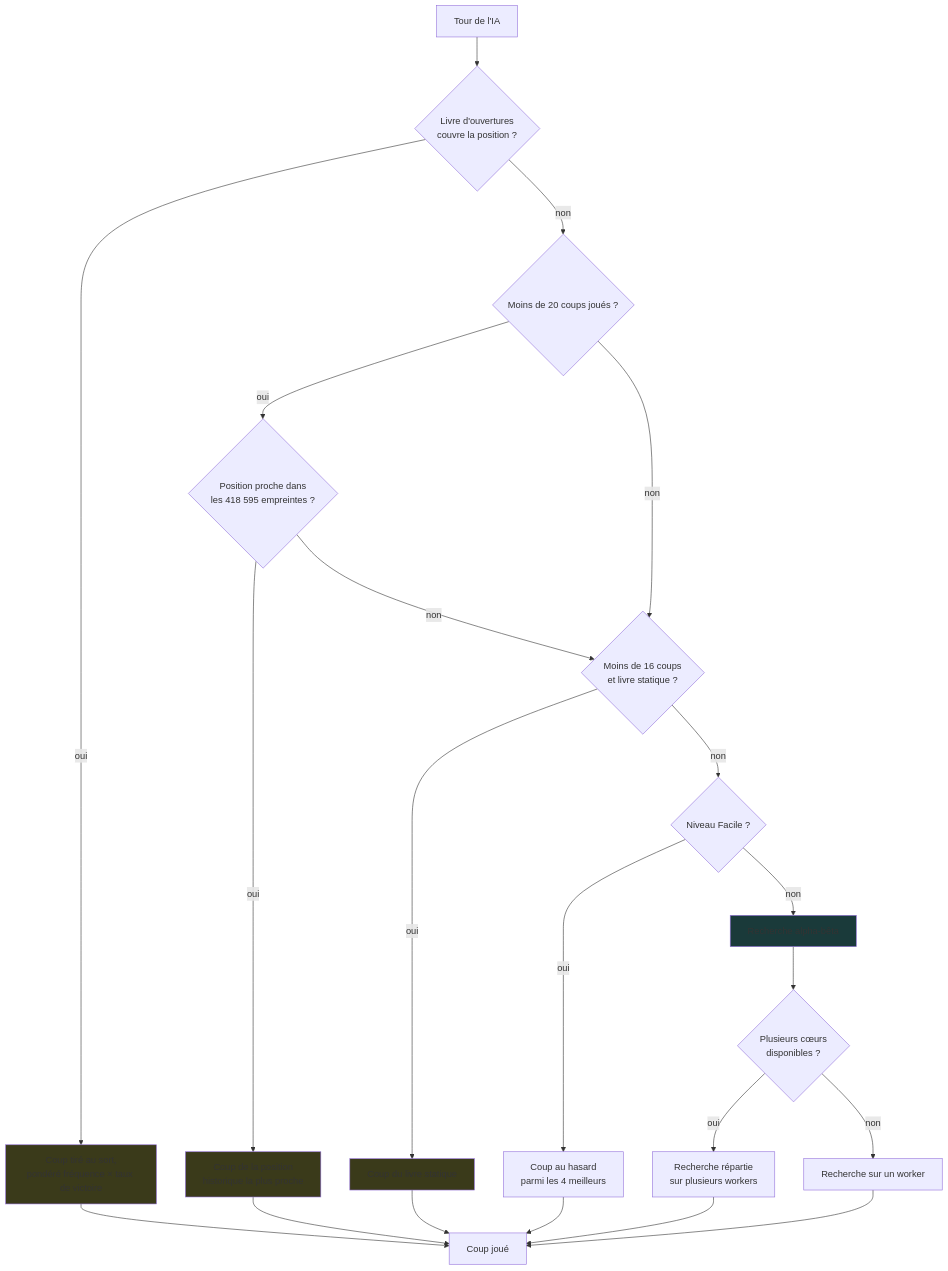
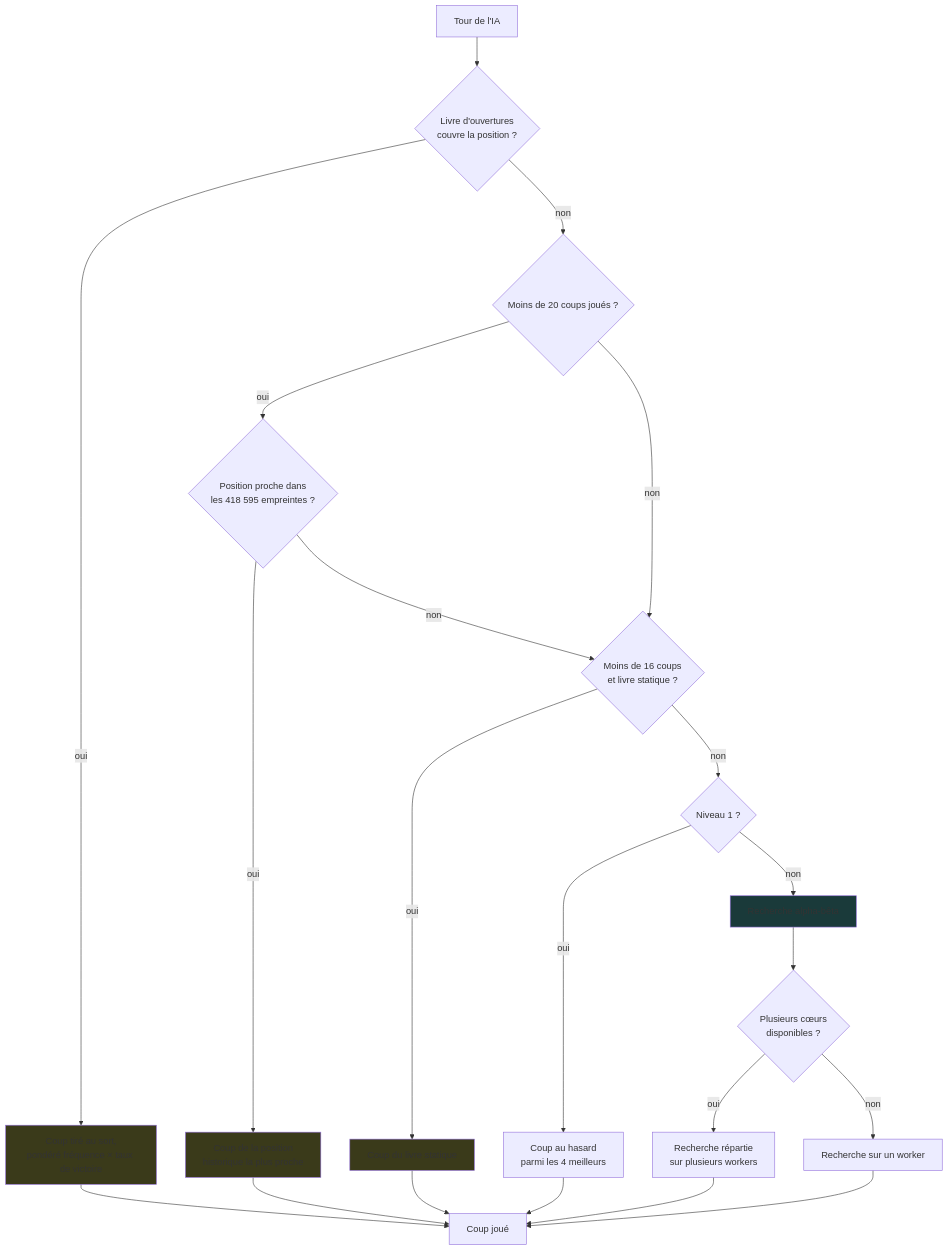
The first of 3 diagrams in docs-fr/Architecture.fr.md (ocj94/Abalassembly), drawn with Mermaid before and after one commit. The commit also changed 17 other files, not shown here.

````diff
--- a/docs-fr/Architecture.fr.md
+++ b/docs-fr/Architecture.fr.md
@@ -15,28 +15,28 @@
 ```mermaid
 flowchart TD
     A[Tour de l'IA] --> B{Livre d'ouvertures<br/>couvre la position ?}
     B -->|oui| B1[Coup tiré au sort,<br/>pondéré fréquence × taux de victoire]
     B -->|non| C{Moins de 20 coups joués ?}
     C -->|oui| C1{Position proche dans<br/>les 418 595 empreintes ?}
     C1 -->|oui| C2[Coup de la position<br/>historique la plus proche]
     C1 -->|non| D
     C -->|non| D{Moins de 16 coups<br/>et livre statique ?}
     D -->|oui| D1[Coup du livre statique]
-    D -->|non| E{Niveau Facile ?}
+    D -->|non| E{Niveau 1 ?}
     E -->|oui| E1[Coup au hasard<br/>parmi les 4 meilleurs]
     E -->|non| F[Recherche alpha-bêta]
     F --> G{Plusieurs cœurs<br/>disponibles ?}
     G -->|oui| G1[Recherche répartie<br/>sur plusieurs workers]
     G -->|non| G2[Recherche sur un worker]
     G1 --> H[Coup joué]
     G2 --> H
     B1 --> H
     C2 --> H
     D1 --> H
     E1 --> H
 
     style B1 fill:#3a3a1a
     style C2 fill:#3a3a1a
     style D1 fill:#3a3a1a
     style F fill:#1a3a3a
 ```
````
